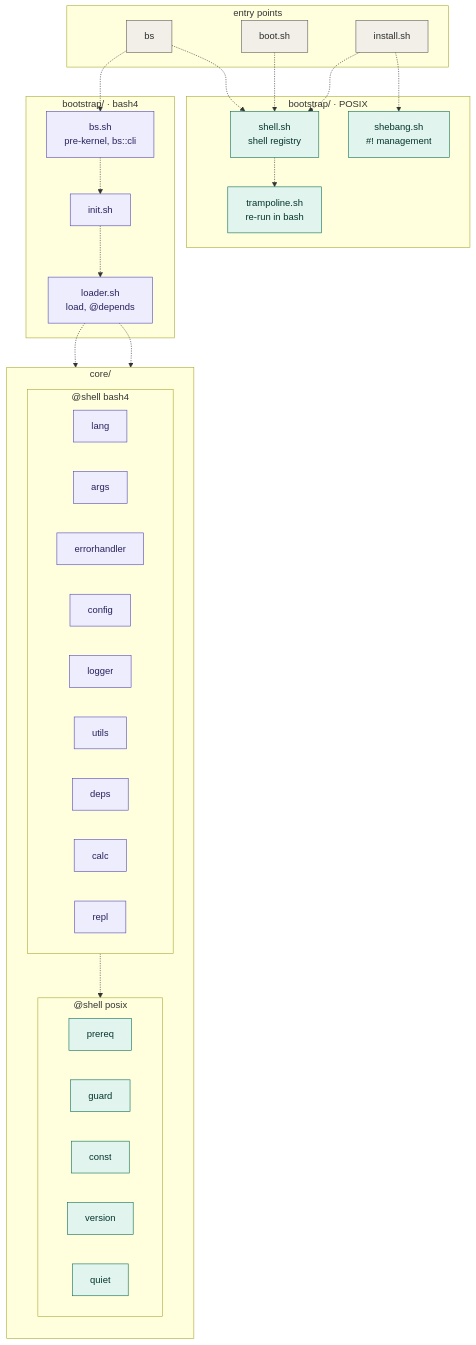
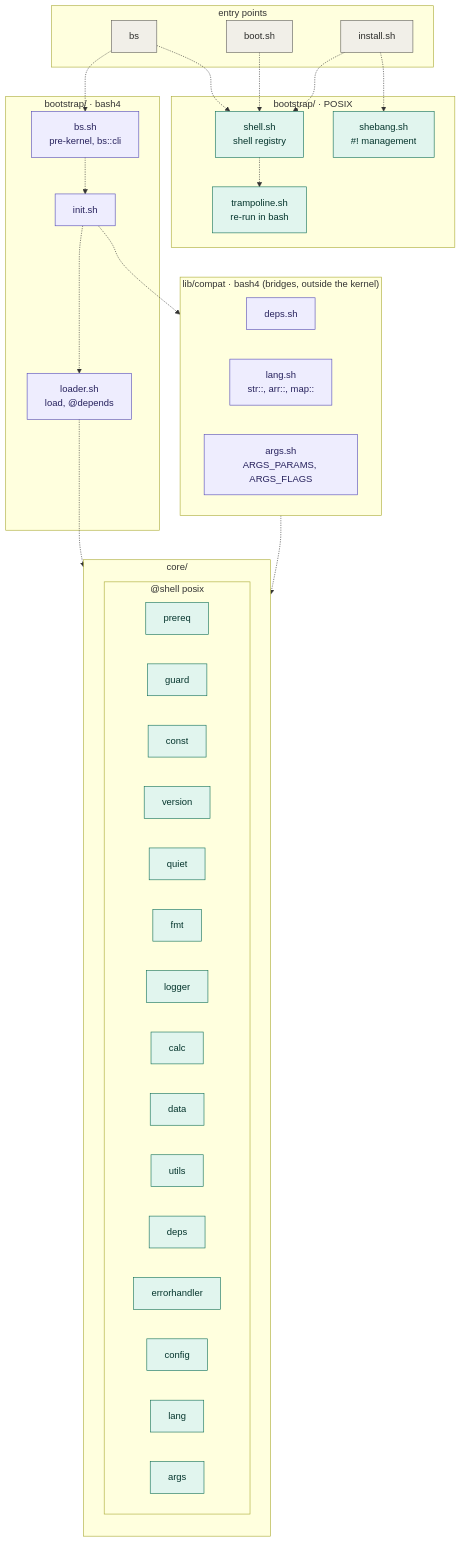
The first of 7 diagrams in documentation/en/01-getting-started/README.md (Igormm/bs), drawn with Mermaid before and after one commit. The commit also changed other lines of this file and 26 other files, not shown here.

Commit message:
refactor(core): args — @shell posix (bs_args_*), мост lib/compat/args для массивов bash; все 15 файлов core/ на POSIX

````diff
--- a/documentation/en/01-getting-started/README.md
+++ b/documentation/en/01-getting-started/README.md
@@ -161,53 +161,57 @@
 ```mermaid
 flowchart TB
   classDef entry fill:#F1EFE8,stroke:#5F5E5A,color:#2C2C2A
   classDef posix fill:#E1F5EE,stroke:#0F6E56,color:#04342C
   classDef bash4 fill:#EEEDFE,stroke:#534AB7,color:#26215C
   subgraph E["entry points"]
     bs["bs"]:::entry
     boot["boot.sh"]:::entry
     inst["install.sh"]:::entry
   end
   subgraph P["bootstrap/ · POSIX"]
     shell["shell.sh<br/>shell registry"]:::posix
     tramp["trampoline.sh<br/>re-run in bash"]:::posix
     sheb["shebang.sh<br/>#! management"]:::posix
   end
   subgraph B["bootstrap/ · bash4"]
     bssh["bs.sh<br/>pre-kernel, bs::cli"]:::bash4
     init["init.sh"]:::bash4
     loader["loader.sh<br/>load, @depends"]:::bash4
   end
   subgraph C["core/"]
     direction TB
     subgraph CP["@shell posix"]
       prereq:::posix
       guard:::posix
       const:::posix
       version:::posix
       quiet:::posix
+      fmt:::posix
+      logger:::posix
+      calc:::posix
+      data:::posix
+      utils:::posix
+      deps:::posix
+      errorhandler:::posix
+      config:::posix
+      lang:::posix
+      args:::posix
     end
-    subgraph CB["@shell bash4"]
-      lang:::bash4
-      args:::bash4
-      errorhandler:::bash4
-      config:::bash4
-      logger:::bash4
-      utils:::bash4
-      deps:::bash4
-      calc:::bash4
-      repl:::bash4
-    end
+  end
+  subgraph L["lib/compat · bash4 (bridges, outside the kernel)"]
+    cdeps["deps.sh"]:::bash4
+    clang["lang.sh<br/>str::, arr::, map::"]:::bash4
+    cargs["args.sh<br/>ARGS_PARAMS, ARGS_FLAGS"]:::bash4
   end
   bs -.-> shell
   boot -.-> shell
   inst -.-> shell
   shell -.-> tramp
   bs -.-> bssh
   bssh -.-> init
   init -.-> loader
   loader -.-> CP
-  loader -.-> CB
-  CB -.-> CP
+  init -.-> L
+  L -.-> CP
   inst -.-> sheb
 ```
````
